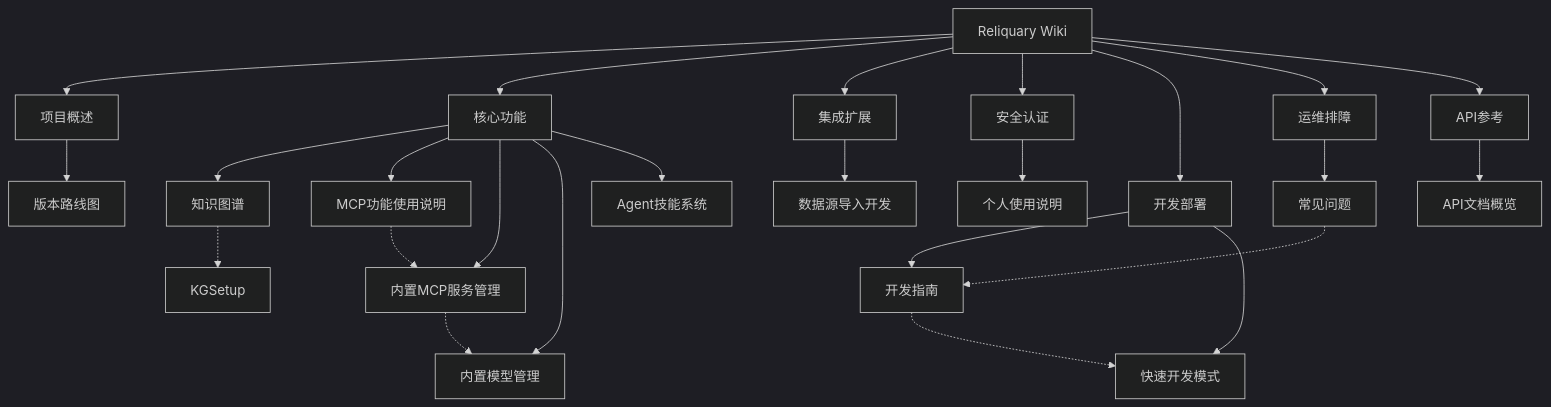
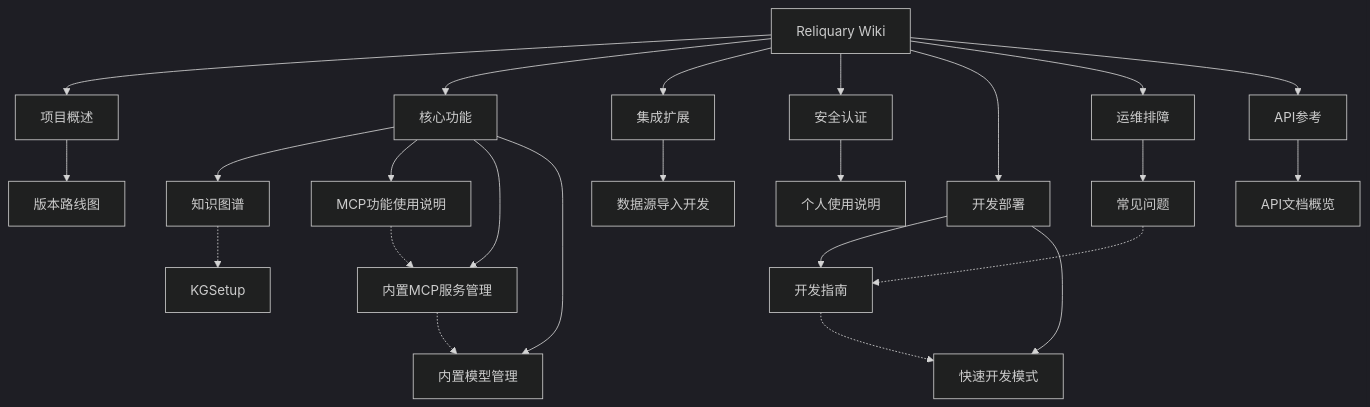
Before and after one commit to Dikui/Reliquary: the diagram in docs/wiki/Home.md, drawn with Mermaid (dark theme). The commit also changed other lines of this file and 745 other files, not shown here.

````diff
--- a/docs/wiki/Home.md
+++ b/docs/wiki/Home.md
@@ -64,36 +62,35 @@
 ```mermaid
 graph TB
     Home[Reliquary Wiki]
     Home --> 项目概述
     Home --> 核心功能
     Home --> 集成扩展
     Home --> 安全认证
     Home --> 开发部署
     Home --> 运维排障
     Home --> API参考
 
     项目概述 --> ROADMAP[版本路线图]
 
     核心功能 --> KG[知识图谱]
     核心功能 --> MCP[MCP功能使用说明]
     核心功能 --> BuiltinMCP[内置MCP服务管理]
     核心功能 --> BuiltinModel[内置模型管理]
-    核心功能 --> Skills[Agent技能系统]
 
     集成扩展 --> DS[数据源导入开发]
 
     安全认证 --> Personal[个人使用说明]
 
     开发部署 --> DevGuide[开发指南]
     开发部署 --> QuickDev[快速开发模式]
 
     运维排障 --> FAQ[常见问题]
 
     API参考 --> APIOverview[API文档概览]
 
     KG -.-> KGSetup
     MCP -.-> BuiltinMCP
     BuiltinMCP -.-> BuiltinModel
     DevGuide -.-> QuickDev
     FAQ -.-> DevGuide
 ```
````
